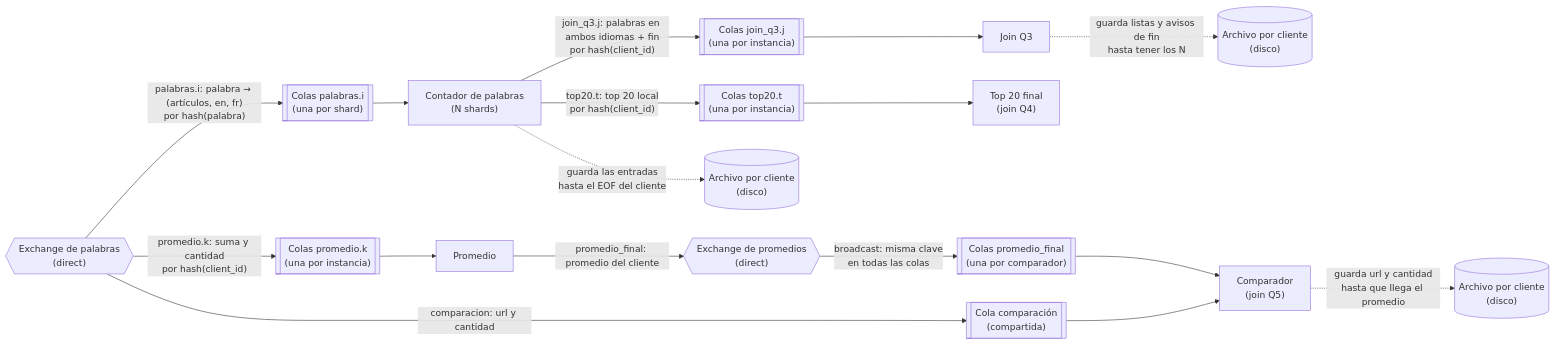
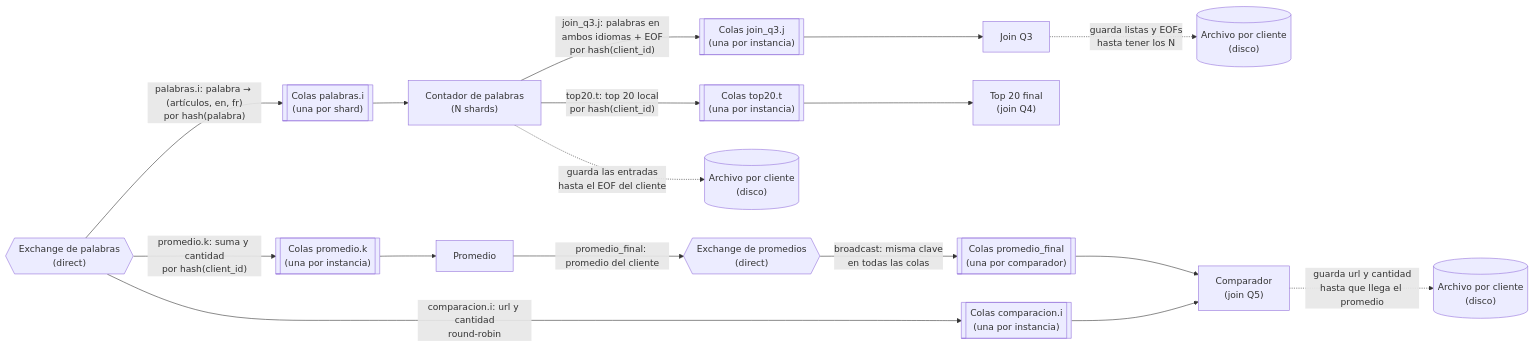
Before and after one commit to Cristobal710/tp-final-distribuidos: diagram 11 of 15 in diagramas/README.md, drawn with Mermaid. The commit also changed other lines of this file, not shown here.

Commit message:
feat: Agrego manejo de EOF

````diff
--- a/diagramas/README.md
+++ b/diagramas/README.md
@@ -439,23 +440,23 @@
 ```mermaid
 flowchart LR
     EXP{{"Exchange de palabras<br/>(direct)"}}
 
     EXP -- "palabras.i: palabra → (artículos, en, fr)<br/>por hash(palabra)" --> QW[["Colas palabras.i<br/>(una por shard)"]]
     QW --> WC["Contador de palabras<br/>(N shards)"]
-    WC -- "join_q3.j: palabras en ambos idiomas + fin<br/>por hash(client_id)" --> QJ3[["Colas join_q3.j<br/>(una por instancia)"]]
+    WC -- "join_q3.j: palabras en ambos idiomas + EOF<br/>por hash(client_id)" --> QJ3[["Colas join_q3.j<br/>(una por instancia)"]]
     QJ3 --> J3["Join Q3"]
     WC -- "top20.t: top 20 local<br/>por hash(client_id)" --> QTOP[["Colas top20.t<br/>(una por instancia)"]]
     QTOP --> TOP["Top 20 final<br/>(join Q4)"]
     WC -. "guarda las entradas<br/>hasta el EOF del cliente" .-> DWC[("Archivo por cliente<br/>(disco)")]
-    J3 -. "guarda listas y avisos de fin<br/>hasta tener los N" .-> DJ3[("Archivo por cliente<br/>(disco)")]
+    J3 -. "guarda listas y EOFs<br/>hasta tener los N" .-> DJ3[("Archivo por cliente<br/>(disco)")]
 
     EXP -- "promedio.k: suma y cantidad<br/>por hash(client_id)" --> QAVG[["Colas promedio.k<br/>(una por instancia)"]]
     QAVG --> AVG["Promedio"]
     AVG -- "promedio_final: promedio del cliente" --> EXB{{"Exchange de promedios<br/>(direct)"}}
     EXB -- "broadcast: misma clave<br/>en todas las colas" --> QB[["Colas promedio_final<br/>(una por comparador)"]]
     QB --> CMP["Comparador<br/>(join Q5)"]
 
-    EXP -- "comparacion: url y cantidad" --> QCMP[["Cola comparación<br/>(compartida)"]]
+    EXP -- "comparacion.i: url y cantidad<br/>round-robin" --> QCMP[["Colas comparacion.i<br/>(una por instancia)"]]
     QCMP --> CMP
     CMP -. "guarda url y cantidad<br/>hasta que llega el promedio" .-> DCMP[("Archivo por cliente<br/>(disco)")]
 ```
````
